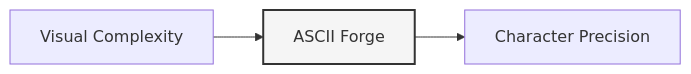
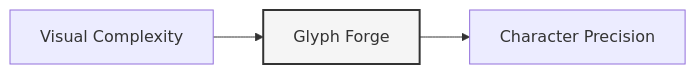
One commit to Ace1928/glyph_forge changed the second of 2 diagrams in project_scope.md. Above: the diagram before and after it, drawn with Mermaid. The commit also changed other lines of this file and 62 other files, not shown here.

Commit message:
began refactor: rename project from ASCII Forge to Glyph Forge and restructure services

````diff
--- a/project_scope.md
+++ b/project_scope.md
@@ -79,6 +79,6 @@
 ```mermaid
 graph LR
-    Input["Visual Complexity"] --> ASCIIForge["ASCII Forge"]
+    Input["Visual Complexity"] --> ASCIIForge["Glyph Forge"]
     ASCIIForge --> Output["Character Precision"]
     style ASCIIForge fill:#f5f5f5,stroke:#333,stroke-width:2px
 ```
````
